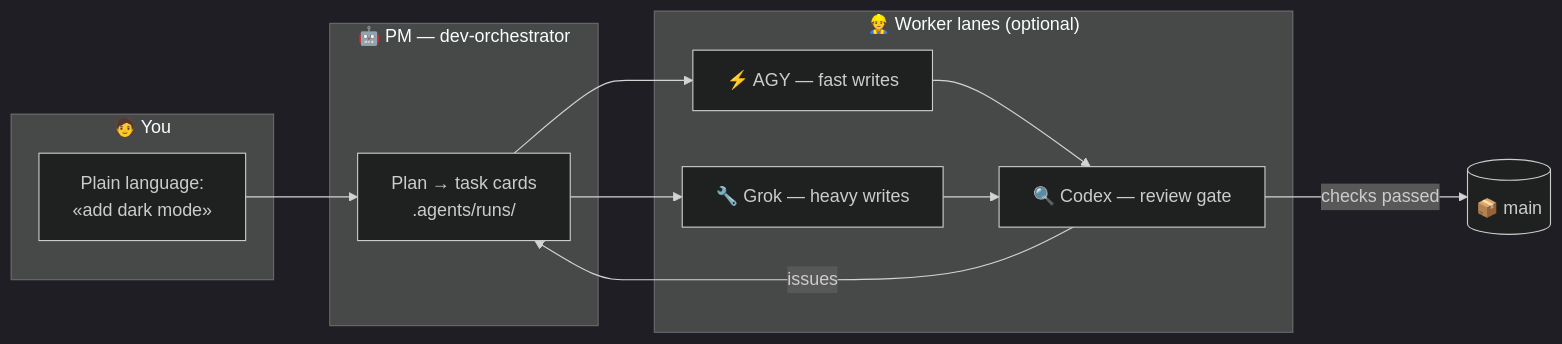
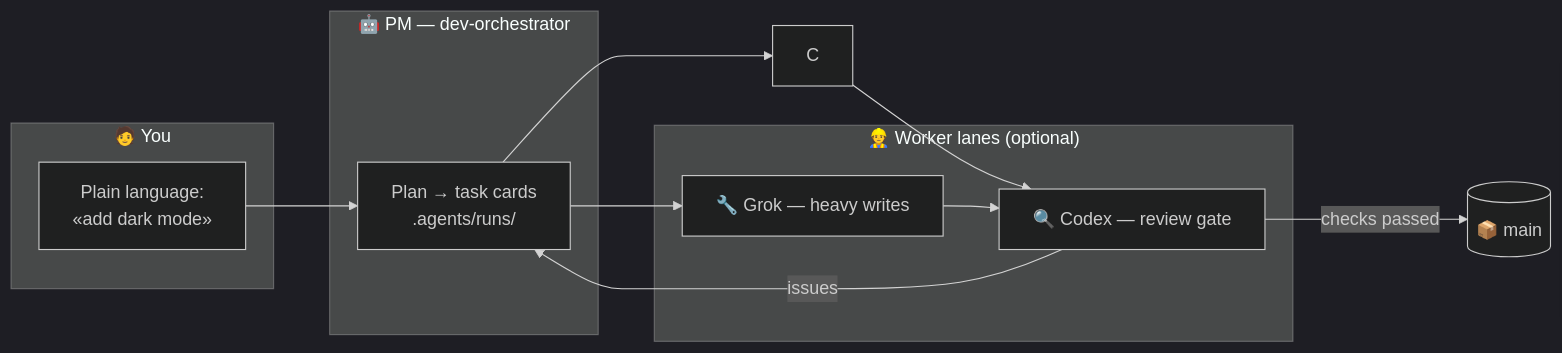
Before and after one commit to VKirill/claude-lane-stack: the diagram in README.md, drawn with Mermaid (dark theme). The commit also changed other lines of this file and 57 other files, not shown here.

````diff
--- a/README.md
+++ b/README.md
@@ -76,19 +76,18 @@
 ```mermaid
 flowchart LR
     subgraph you ["🧑 You"]
         A["Plain language:<br/>«add dark mode»"]
     end
     subgraph pm ["🤖 PM — dev-orchestrator"]
         B["Plan → task cards<br/>.agents/runs/"]
     end
     subgraph lanes ["👷 Worker lanes (optional)"]
-        C["⚡ AGY — fast writes"]
         D["🔧 Grok — heavy writes"]
         E["🔍 Codex — review gate"]
     end
     A --> B
     B --> C & D
     C & D --> E
     E -->|checks passed| F[("📦 main")]
     E -->|issues| B
 ```
````
